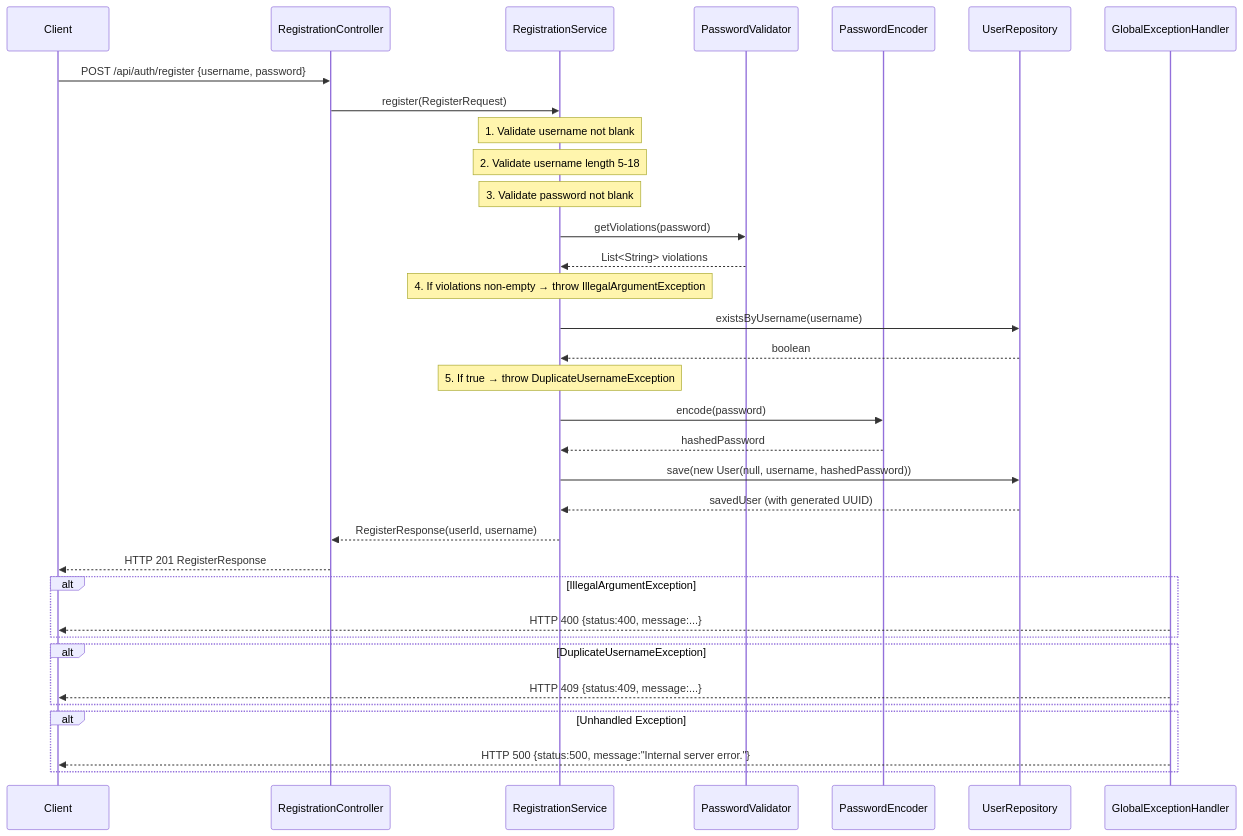
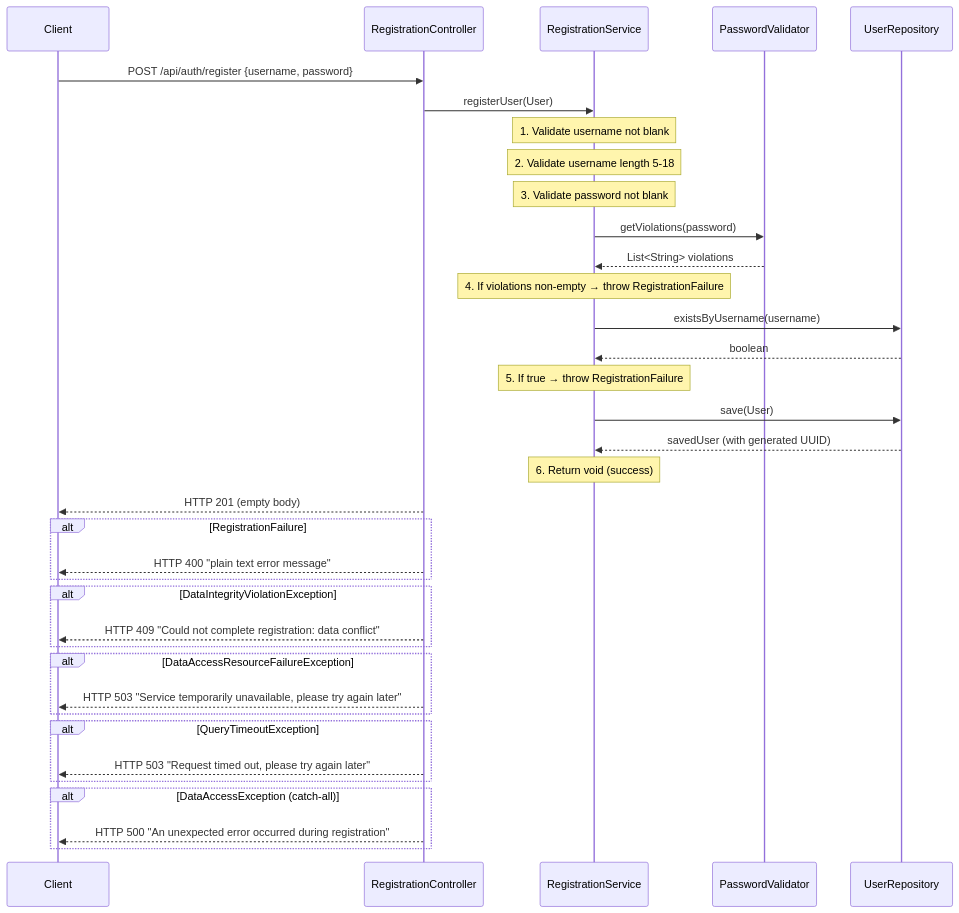
The diagram in .kiro/specs/user-registration/design.md (JaehoonSong12/PEP-Team02-TheDJs), drawn with Mermaid before and after one commit. The commit also changed other lines of this file and 4 other files, not shown here.

````diff
--- a/.kiro/specs/user-registration/design.md
+++ b/.kiro/specs/user-registration/design.md
@@ -39,39 +34,41 @@
 ```mermaid
 sequenceDiagram
     participant Client
     participant RegistrationController
     participant RegistrationService
     participant PasswordValidator
-    participant PasswordEncoder
     participant UserRepository
-    participant GlobalExceptionHandler
 
     Client->>RegistrationController: POST /api/auth/register {username, password}
-    RegistrationController->>RegistrationService: register(RegisterRequest)
+    RegistrationController->>RegistrationService: registerUser(User)
 
     Note over RegistrationService: 1. Validate username not blank
     Note over RegistrationService: 2. Validate username length 5-18
     Note over RegistrationService: 3. Validate password not blank
     RegistrationService->>PasswordValidator: getViolations(password)
     PasswordValidator-->>RegistrationService: List<String> violations
-    Note over RegistrationService: 4. If violations non-empty → throw IllegalArgumentException
+    Note over RegistrationService: 4. If violations non-empty → throw RegistrationFailure
     RegistrationService->>UserRepository: existsByUsername(username)
     UserRepository-->>RegistrationService: boolean
-    Note over RegistrationService: 5. If true → throw DuplicateUsernameException
-    RegistrationService->>PasswordEncoder: encode(password)
-    PasswordEncoder-->>RegistrationService: hashedPassword
-    RegistrationService->>UserRepository: save(new User(null, username, hashedPassword))
+    Note over RegistrationService: 5. If true → throw RegistrationFailure
+    RegistrationService->>UserRepository: save(User)
     UserRepository-->>RegistrationService: savedUser (with generated UUID)
-    RegistrationService-->>RegistrationController: RegisterResponse(userId, username)
-    RegistrationController-->>Client: HTTP 201 RegisterResponse
+    Note over RegistrationService: 6. Return void (success)
+    RegistrationController-->>Client: HTTP 201 (empty body)
 
-    alt IllegalArgumentException
-        GlobalExceptionHandler-->>Client: HTTP 400 {status:400, message:...}
+    alt RegistrationFailure
+        RegistrationController-->>Client: HTTP 400 "plain text error message"
     end
-    alt DuplicateUsernameException
-        GlobalExceptionHandler-->>Client: HTTP 409 {status:409, message:...}
+    alt DataIntegrityViolationException
+        RegistrationController-->>Client: HTTP 409 "Could not complete registration: data conflict"
     end
-    alt Unhandled Exception
-        GlobalExceptionHandler-->>Client: HTTP 500 {status:500, message:"Internal server error."}
+    alt DataAccessResourceFailureException
+        RegistrationController-->>Client: HTTP 503 "Service temporarily unavailable, please try again later"
+    end
+    alt QueryTimeoutException
+        RegistrationController-->>Client: HTTP 503 "Request timed out, please try again later"
+    end
+    alt DataAccessException (catch-all)
+        RegistrationController-->>Client: HTTP 500 "An unexpected error occurred during registration"
     end
 ```
````
